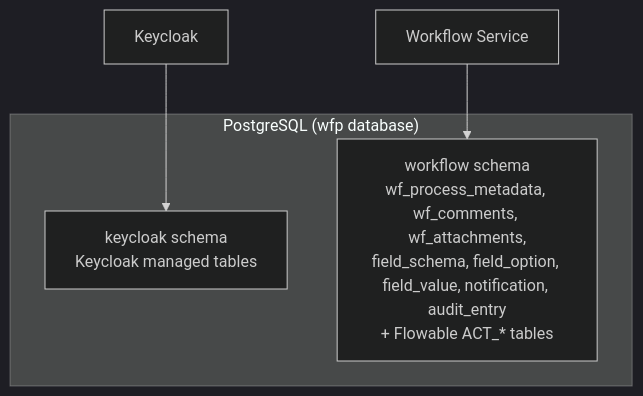
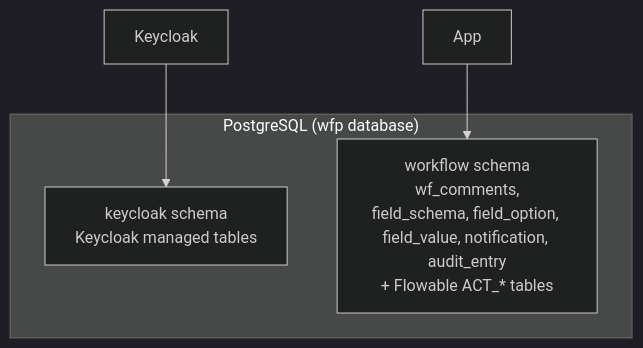
One commit to mszalus/workflow-platform changed the third of 6 diagrams in docs/architecture/c4-deployment.md. Above: the diagram before and after it, drawn with Mermaid (dark theme). The commit also changed other lines of this file and 190 other files, not shown here.

First line of the commit message:
feat(app): rename workflow-service to app and fold the shared libraries

````diff
--- a/docs/architecture/c4-deployment.md
+++ b/docs/architecture/c4-deployment.md
@@ -49,10 +49,10 @@
 ```mermaid
 flowchart TD
     subgraph "PostgreSQL (wfp database)"
         KS["keycloak schema<br/>Keycloak managed tables"]
-        WS["workflow schema<br/>wf_process_metadata, wf_comments, wf_attachments,<br/>field_schema, field_option, field_value, notification, audit_entry<br/>+ Flowable ACT_* tables"]
+        WS["workflow schema<br/>wf_comments,<br/>field_schema, field_option, field_value, notification, audit_entry<br/>+ Flowable ACT_* tables"]
     end
 
     KC[Keycloak] --> KS
-    WF[Workflow Service] --> WS
+    WF[App] --> WS
 ```
````
